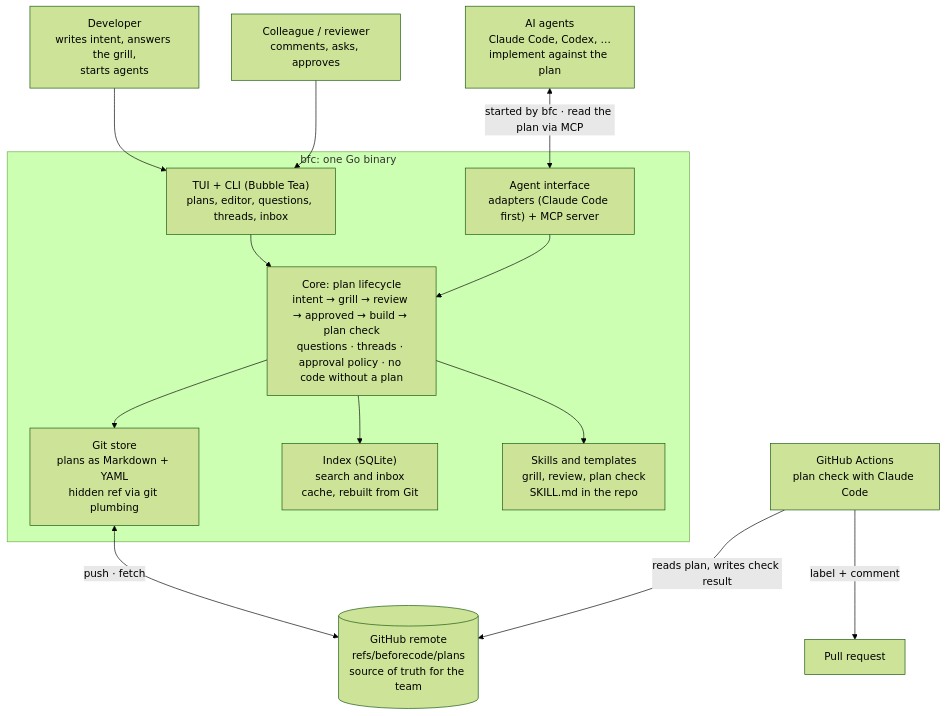
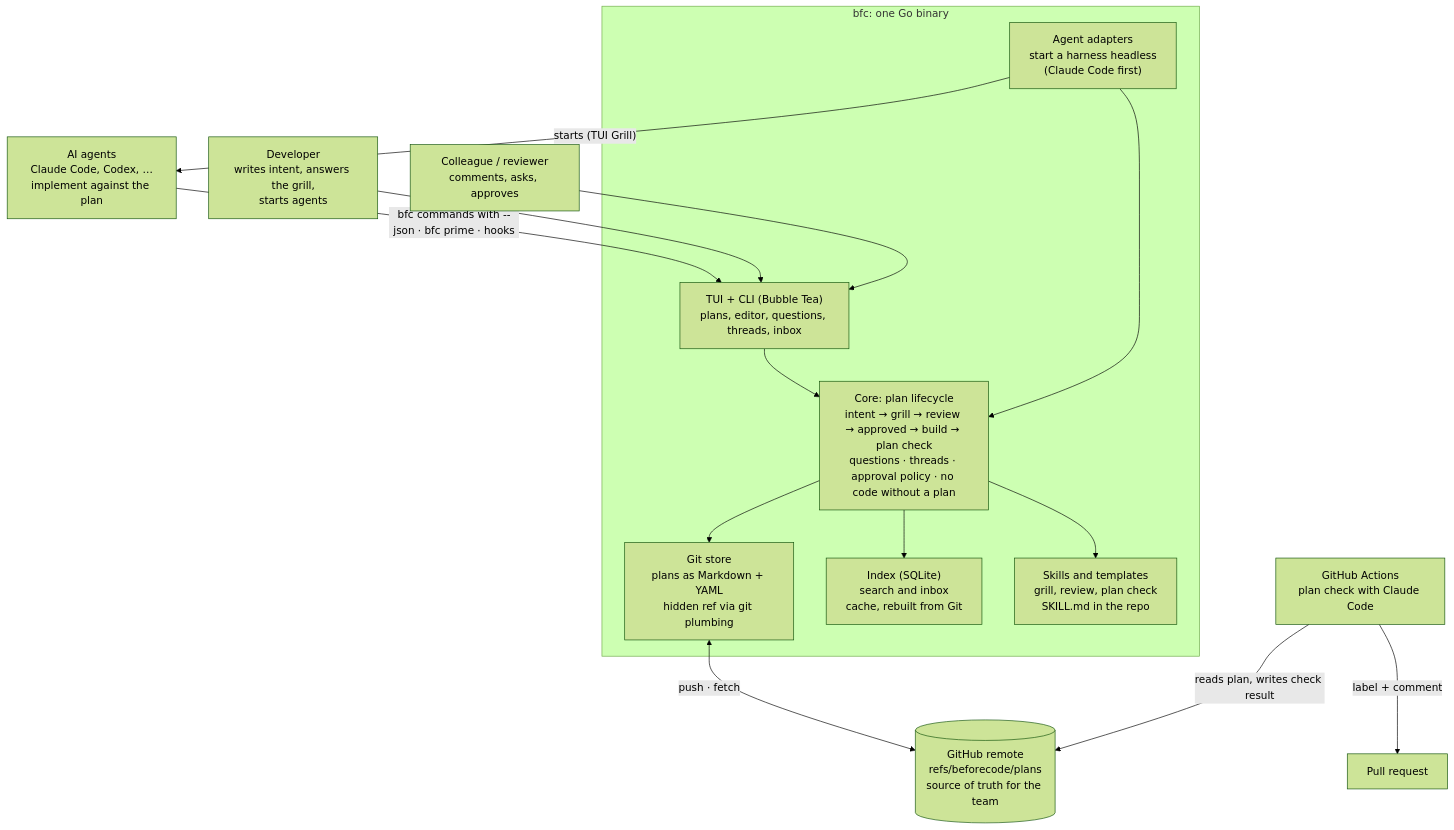
One commit to admSla99/BeforeCode changed the second of 2 diagrams in docs/design.md. Above: the diagram before and after it, drawn with Mermaid (forest theme). The commit also changed other lines of this file and 10 other files, not shown here.

````diff
--- a/docs/design.md
+++ b/docs/design.md
@@ -231,30 +252,31 @@
 ```mermaid
 flowchart TB
     dev["Developer<br/>writes intent, answers the grill,<br/>starts agents"]
     rev["Colleague / reviewer<br/>comments, asks, approves"]
     agents["AI agents<br/>Claude Code, Codex, …<br/>implement against the plan"]
 
     subgraph bfc["bfc: one Go binary"]
         tui["TUI + CLI (Bubble Tea)<br/>plans, editor, questions, threads, inbox"]
-        agentif["Agent interface<br/>adapters (Claude Code first) + MCP server"]
+        agentif["Agent adapters<br/>start a harness headless<br/>(Claude Code first)"]
         core["Core: plan lifecycle<br/>intent → grill → review → approved → build → plan check<br/>questions · threads · approval policy · no code without a plan"]
         store["Git store<br/>plans as Markdown + YAML<br/>hidden ref via git plumbing"]
         index["Index (SQLite)<br/>search and inbox<br/>cache, rebuilt from Git"]
         skills["Skills and templates<br/>grill, review, plan check<br/>SKILL.md in the repo"]
     end
 
     remote[("GitHub remote<br/>refs/beforecode/plans<br/>source of truth for the team")]
     ci["GitHub Actions<br/>plan check with Claude Code"]
 
     dev --> tui
     rev --> tui
-    agents <-->|"started by bfc · read the plan via MCP"| agentif
+    agentif -->|"starts (TUI Grill)"| agents
+    agents -->|"bfc commands with --json · bfc prime · hooks"| tui
     tui --> core
     agentif --> core
     core --> store
     core --> index
     core --> skills
     store <-->|"push · fetch"| remote
     ci -->|"reads plan, writes check result"| remote
     ci -->|"label + comment"| pr["Pull request"]
 ```
````
